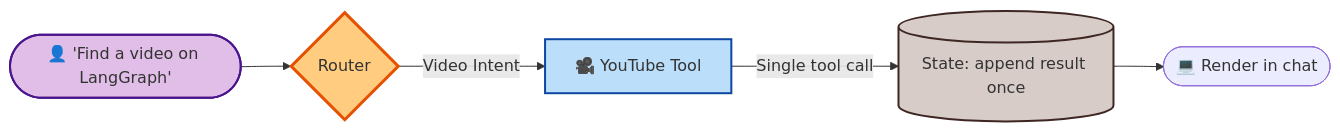
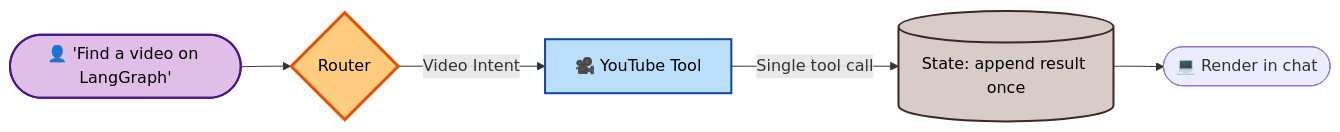
Before and after one commit to amanshukla2004/Agentic_ChatBot: the fourth of 4 diagrams in README.md, drawn with Mermaid. The commit also changed other lines of this file, not shown here.

Commit message:
style: update Mermaid diagram labels with black text and restructure project directory documentation

````diff
--- a/README.md
+++ b/README.md
@@ -109,12 +109,12 @@
 ```mermaid
 graph LR
-    classDef user fill:#e1bee7,stroke:#4a148c,stroke-width:2px;
-    classDef router fill:#ffcc80,stroke:#e65100,stroke-width:3px;
-    classDef tool fill:#bbdefb,stroke:#0d47a1,stroke-width:2px;
-    classDef state fill:#d7ccc8,stroke:#3e2723,stroke-width:2px;
+    classDef user fill:#e1bee7,stroke:#4a148c,stroke-width:2px,color:#000;
+    classDef router fill:#ffcc80,stroke:#e65100,stroke-width:3px,color:#000;
+    classDef tool fill:#bbdefb,stroke:#0d47a1,stroke-width:2px,color:#000;
+    classDef state fill:#d7ccc8,stroke:#3e2723,stroke-width:2px,color:#000;
  
     U(["👤 'Find a video on LangGraph'"]):::user --> R{"Router"}:::router
     R -->|"Video Intent"| Y["🎥 YouTube Tool"]:::tool
     Y -->|"Single tool call"| S[("State: append result once")]:::state
     S --> UI(["💻 Render in chat"])
 ```
````
